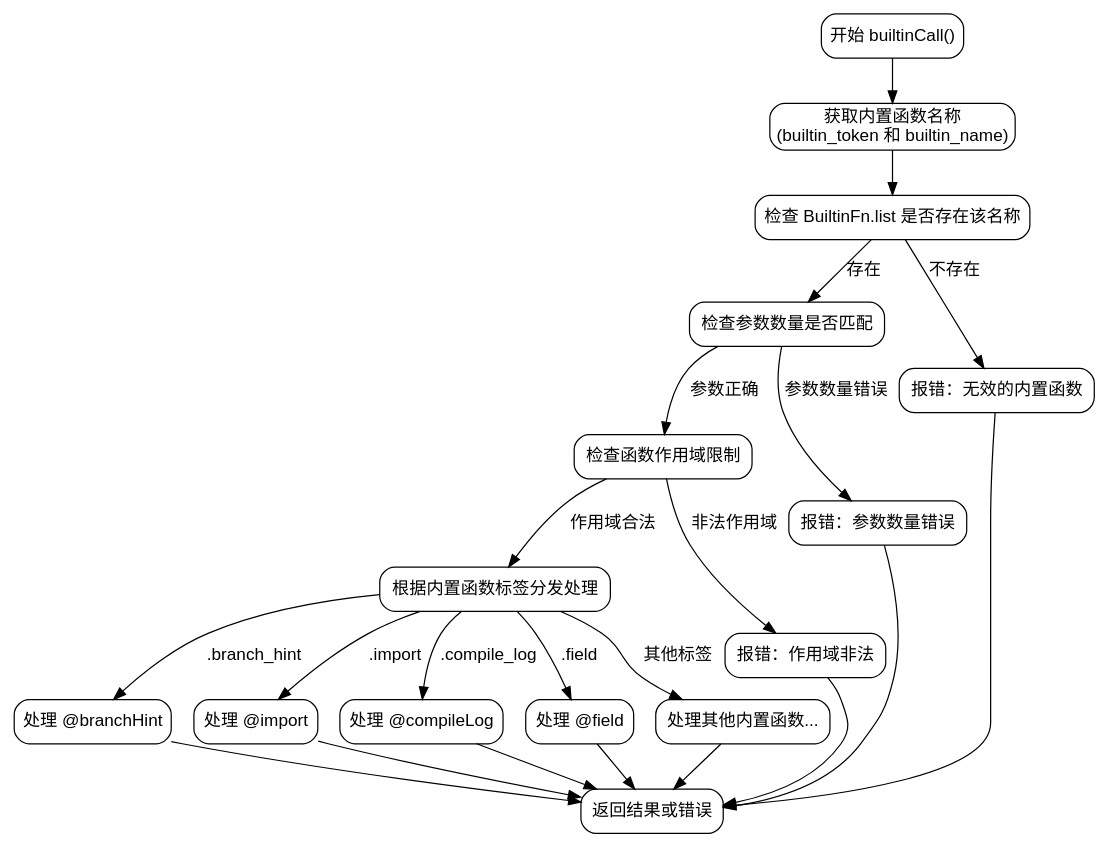
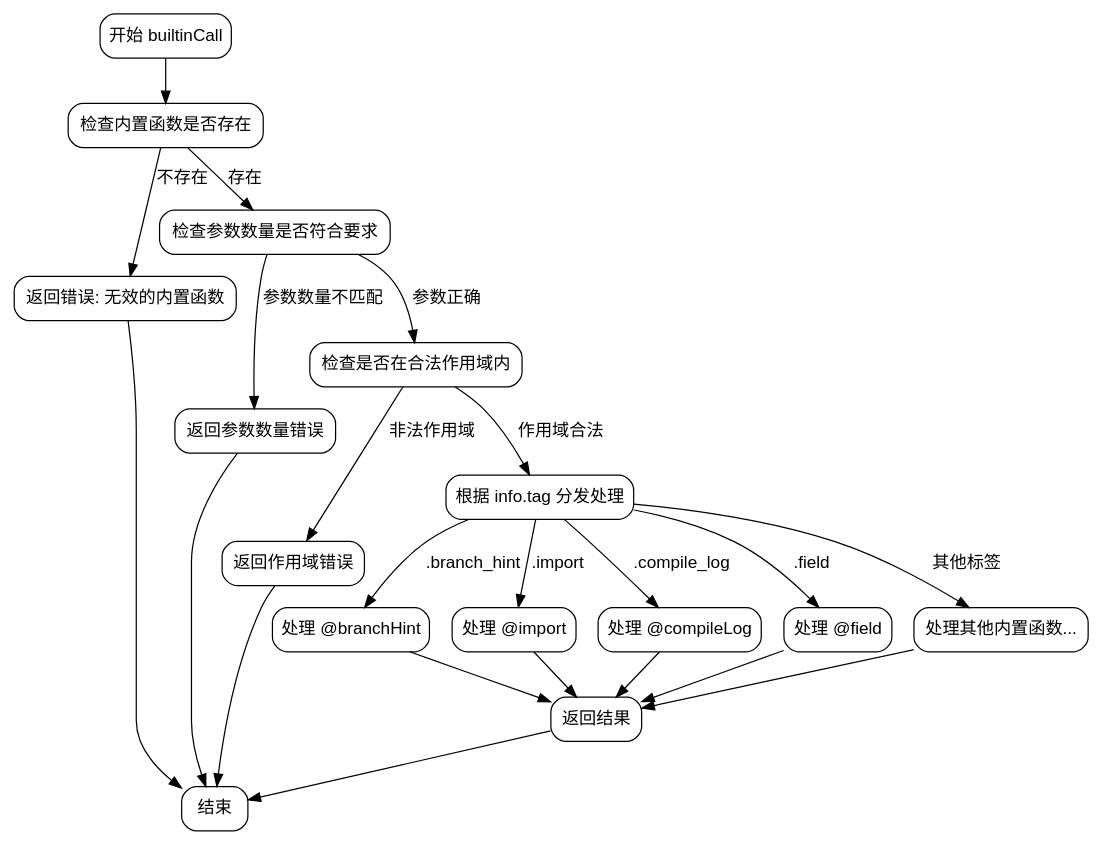
One commit to sdzx-1/deepseek-zig-reader changed the diagram in dot_std/zig/AstGen.zig.builtinCall.md. Above: the diagram before and after it, drawn with Graphviz. The commit also changed other lines of this file and 236 other files, not shown here.

````diff
--- a/dot_std/zig/AstGen.zig.builtinCall.md
+++ b/dot_std/zig/AstGen.zig.builtinCall.md
@@ -19,44 +50,46 @@
 ```dot
 digraph flowchart {
     node [shape=rectangle, style="rounded", fontname="Arial"];
     edge [fontname="Arial"];
 
-    start [label="开始 builtinCall()"];
-    get_builtin_name [label="获取内置函数名称\n(builtin_token 和 builtin_name)"];
-    check_builtin_exists [label="检查 BuiltinFn.list 是否存在该名称"];
-    param_count_check [label="检查参数数量是否匹配"];
-    check_scope [label="检查函数作用域限制"];
-    switch_builtin_tag [label="根据内置函数标签分发处理"];
+    start [label="开始 builtinCall"];
+    check_builtin_exists [label="检查内置函数是否存在"];
+    error_invalid_builtin [label="返回错误: 无效的内置函数"];
+    check_param_count [label="检查参数数量是否符合要求"];
+    error_param_count [label="返回参数数量错误"];
+    check_scope [label="检查是否在合法作用域内"];
+    error_scope [label="返回作用域错误"];
+    switch_tag [label="根据 info.tag 分发处理"];
     handle_branch_hint [label="处理 @branchHint"];
     handle_import [label="处理 @import"];
     handle_compile_log [label="处理 @compileLog"];
     handle_field [label="处理 @field"];
-    handle_other_builtins [label="处理其他内置函数..."];
-    return_result [label="返回结果或错误"];
-    error_invalid_builtin [label="报错：无效的内置函数"];
-    error_param_count [label="报错：参数数量错误"];
-    error_scope [label="报错：作用域非法"];
+    handle_other_cases [label="处理其他内置函数..."];
+    return_result [label="返回结果"];
+    end [label="结束"];
 
-    start -> get_builtin_name;
-    get_builtin_name -> check_builtin_exists;
+    start -> check_builtin_exists;
     check_builtin_exists -> error_invalid_builtin [label="不存在"];
-    check_builtin_exists -> param_count_check [label="存在"];
-    param_count_check -> error_param_count [label="参数数量错误"];
-    param_count_check -> check_scope [label="参数正确"];
+    check_builtin_exists -> check_param_count [label="存在"];
+    check_param_count -> error_param_count [label="参数数量不匹配"];
+    check_param_count -> check_scope [label="参数正确"];
     check_scope -> error_scope [label="非法作用域"];
-    check_scope -> switch_builtin_tag [label="作用域合法"];
-    switch_builtin_tag -> handle_branch_hint [label=".branch_hint"];
-    switch_builtin_tag -> handle_import [label=".import"];
-    switch_builtin_tag -> handle_compile_log [label=".compile_log"];
-    switch_builtin_tag -> handle_field [label=".field"];
-    switch_builtin_tag -> handle_other_builtins [label="其他标签"];
+    check_scope -> switch_tag [label="作用域合法"];
+    switch_tag -> handle_branch_hint [label=".branch_hint"];
+    switch_tag -> handle_import [label=".import"];
+    switch_tag -> handle_compile_log [label=".compile_log"];
+    switch_tag -> handle_field [label=".field"];
+    switch_tag -> handle_other_cases [label="其他标签"];
     handle_branch_hint -> return_result;
     handle_import -> return_result;
     handle_compile_log -> return_result;
     handle_field -> return_result;
-    handle_other_builtins -> return_result;
-    error_invalid_builtin -> return_result;
-    error_param_count -> return_result;
-    error_scope -> return_result;
+    handle_other_cases -> return_result;
+    return_result -> end;
+
+    // 错误路径直接返回
+    error_invalid_builtin -> end;
+    error_param_count -> end;
+    error_scope -> end;
 }
 ```
````
